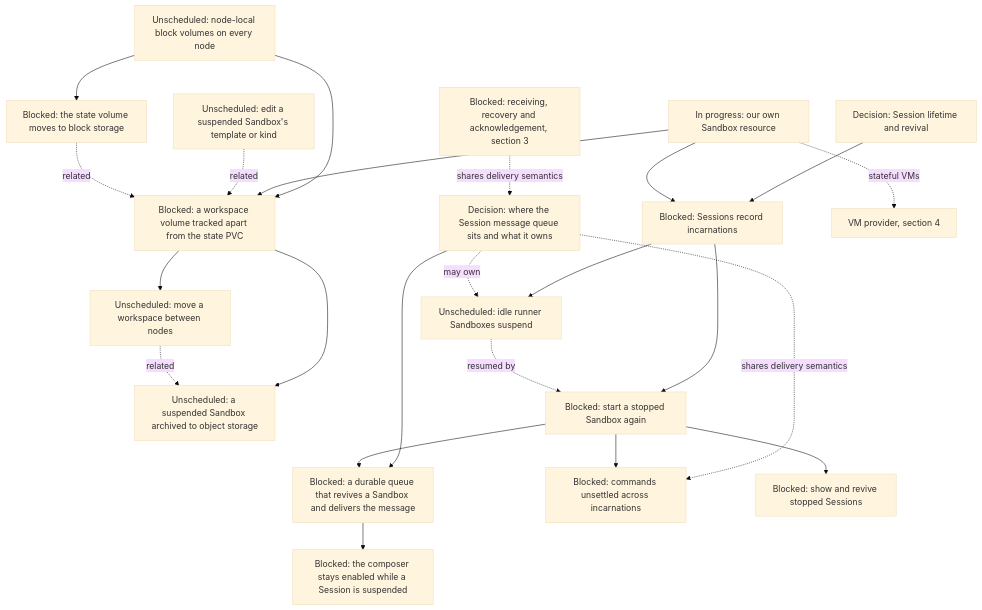
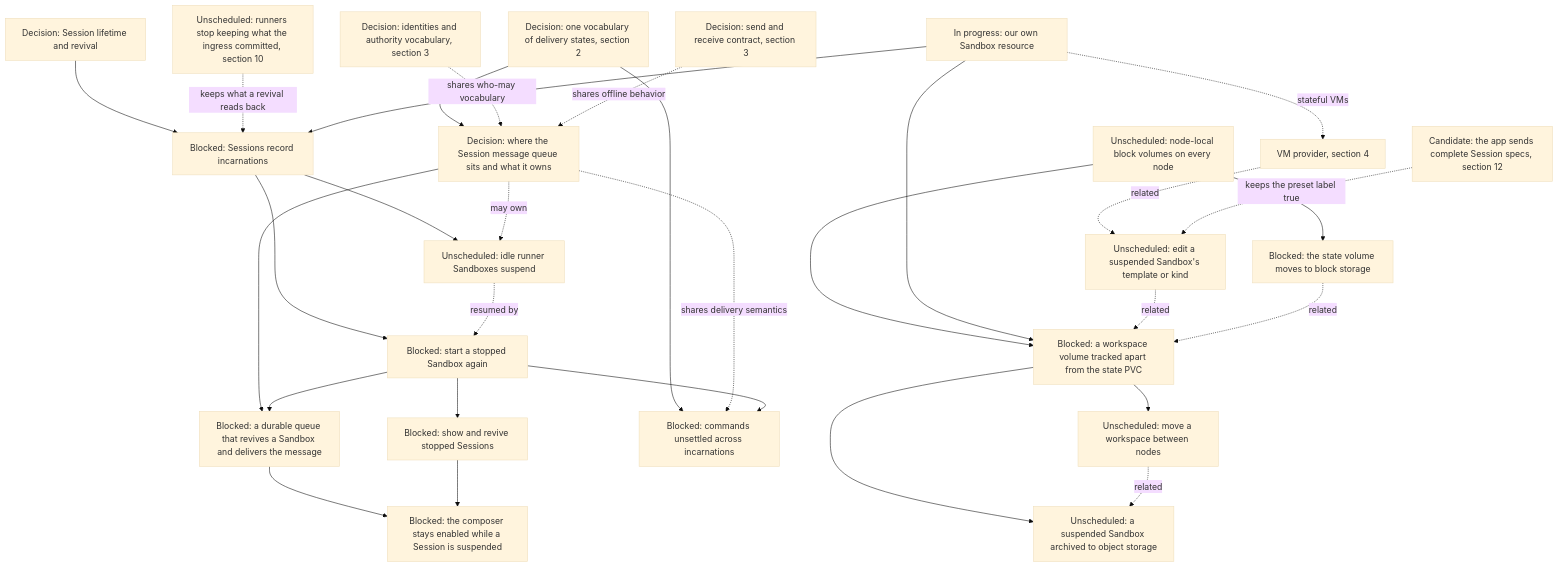
One commit to agentydragon/ducktape changed the ninth of 15 diagrams in agentplane/plans/task_dag.md. Above: the diagram before and after it, drawn with Mermaid (base theme). The commit also changed other lines of this file, not shown here.

````diff
--- a/agentplane/plans/task_dag.md
+++ b/agentplane/plans/task_dag.md
@@ -677,41 +697,48 @@
 ```mermaid
 flowchart TD
     DURABLE_SESSION_LIFECYCLE[Decision: Session lifetime and revival]
     STATE_VOLUME_BLOCK[Blocked: the state volume moves to block storage]
     NODE_LOCAL_BLOCK_STORAGE[Unscheduled: node-local block volumes on every node]
     WORKSPACE_VOLUME[Blocked: a workspace volume tracked apart from the state PVC]
     SANDBOX_SPEC_EDIT[Unscheduled: edit a suspended Sandbox's template or kind]
     WORKSPACE_NODE_PORTABILITY[Unscheduled: move a workspace between nodes]
     SANDBOX_ARCHIVE[Unscheduled: a suspended Sandbox archived to object storage]
     AGENTPLANE_SANDBOX_RESOURCE[In progress: our own Sandbox resource]
     SESSION_INCARNATIONS[Blocked: Sessions record incarnations]
     SESSION_REVIVE[Blocked: start a stopped Sandbox again]
     SESSION_QUEUE_DESIGN[Decision: where the Session message queue sits and what it owns]
     SESSION_MESSAGE_QUEUE[Blocked: a durable queue that revives a Sandbox and delivers the message]
     SUSPENDED_COMPOSER[Blocked: the composer stays enabled while a Session is suspended]
     THREAD_SUCCESSOR_DELIVERY[Blocked: commands unsettled across incarnations]
     HOSTED_THREAD_SURFACES[Blocked: show and revive stopped Sessions]
     VM_PROVIDER[VM provider, section 4]
     DURABLE_SESSION_LIFECYCLE --> SESSION_INCARNATIONS
     NODE_LOCAL_BLOCK_STORAGE --> STATE_VOLUME_BLOCK
     NODE_LOCAL_BLOCK_STORAGE --> WORKSPACE_VOLUME
     AGENTPLANE_SANDBOX_RESOURCE --> WORKSPACE_VOLUME
     WORKSPACE_VOLUME --> WORKSPACE_NODE_PORTABILITY
     WORKSPACE_VOLUME --> SANDBOX_ARCHIVE
     WORKSPACE_NODE_PORTABILITY -. related .-> SANDBOX_ARCHIVE
     SANDBOX_SPEC_EDIT -. related .-> WORKSPACE_VOLUME
+    VM_PROVIDER -. related .-> SANDBOX_SPEC_EDIT
+    APP_SESSION_DEFAULTS[Candidate: the app sends complete Session specs, section 12] -. keeps the preset label true .-> SANDBOX_SPEC_EDIT
+    RUNNER_JOURNAL_TRIM[Unscheduled: runners stop keeping what the ingress committed, section 10] -. keeps what a revival reads back .-> SESSION_INCARNATIONS
     STATE_VOLUME_BLOCK -. related .-> WORKSPACE_VOLUME
     AGENTPLANE_SANDBOX_RESOURCE --> SESSION_INCARNATIONS
     AGENTPLANE_SANDBOX_RESOURCE -. stateful VMs .-> VM_PROVIDER
     SESSION_INCARNATIONS --> SESSION_REVIVE
     SESSION_INCARNATIONS --> SANDBOX_IDLE_EXPIRY[Unscheduled: idle runner Sandboxes suspend]
     SANDBOX_IDLE_EXPIRY -. resumed by .-> SESSION_REVIVE
     SESSION_QUEUE_DESIGN --> SESSION_MESSAGE_QUEUE
     SESSION_REVIVE --> SESSION_MESSAGE_QUEUE
     SESSION_MESSAGE_QUEUE --> SUSPENDED_COMPOSER
+    HOSTED_THREAD_SURFACES --> SUSPENDED_COMPOSER
+    COMMAND_DELIVERY_STATES[Decision: one vocabulary of delivery states, section 2] --> SESSION_QUEUE_DESIGN
+    COMMAND_DELIVERY_STATES --> THREAD_SUCCESSOR_DELIVERY
+    MULTIAGENT_MODEL[Decision: identities and authority vocabulary, section 3] -. shares who-may vocabulary .-> SESSION_QUEUE_DESIGN
+    AGENT_MESSAGING_DESIGN[Decision: send and receive contract, section 3] -. shares offline behavior .-> SESSION_QUEUE_DESIGN
     SESSION_QUEUE_DESIGN -. may own .-> SANDBOX_IDLE_EXPIRY
     SESSION_QUEUE_DESIGN -. shares delivery semantics .-> THREAD_SUCCESSOR_DELIVERY
-    AGENT_MESSAGE_RECEPTION[Blocked: receiving, recovery and acknowledgement, section 3] -. shares delivery semantics .-> SESSION_QUEUE_DESIGN
     SESSION_REVIVE --> THREAD_SUCCESSOR_DELIVERY
     SESSION_REVIVE --> HOSTED_THREAD_SURFACES
 ```
````
